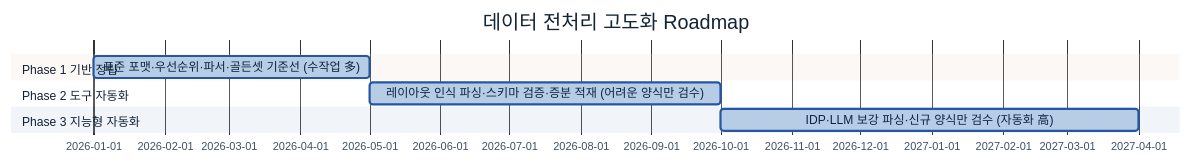
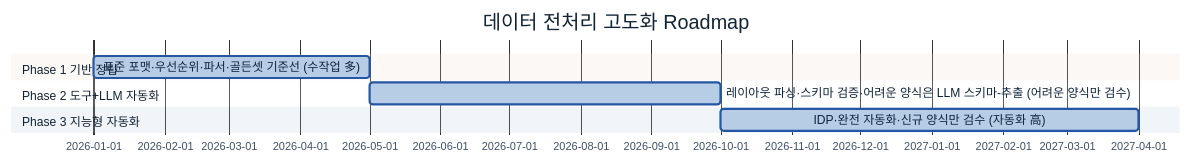
One commit to jin-kearney/ai-ready-data-manual changed the ninth of 9 diagrams in 가이드 작성/B-1 데이터 전처리/B-1 데이터 전처리.md. Above: the diagram before and after it, drawn with Mermaid. The commit also changed other lines of this file and 1 other file, not shown here.

````diff
--- a/가이드 작성/B-1 데이터 전처리/B-1 데이터 전처리.md
+++ b/가이드 작성/B-1 데이터 전처리/B-1 데이터 전처리.md
@@ -739,12 +766,12 @@
 ```mermaid
 %%{init: {'theme':'base','themeVariables':{'primaryColor':'#B7CDE6','primaryBorderColor':'#2456A4','primaryTextColor':'#10243f','lineColor':'#2456A4','fontSize':'13px'}}}%%
 gantt
     title 데이터 전처리 고도화 Roadmap
     dateFormat YYYY-MM
     section Phase 1 기반 정립
     표준 포맷·우선순위·파서·골든셋 기준선 (수작업 多) :p1, 2026-01, 4M
-    section Phase 2 도구 자동화
-    레이아웃 인식 파싱·스키마 검증·증분 적재 (어려운 양식만 검수) :p2, after p1, 5M
+    section Phase 2 도구+LLM 자동화
+    레이아웃 파싱·스키마 검증·어려운 양식은 LLM 스키마-추출 (어려운 양식만 검수) :p2, after p1, 5M
     section Phase 3 지능형 자동화
-    IDP·LLM 보강 파싱·신규 양식만 검수 (자동화 高) :p3, after p2, 6M
+    IDP·완전 자동화·신규 양식만 검수 (자동화 高) :p3, after p2, 6M
 ```
````
